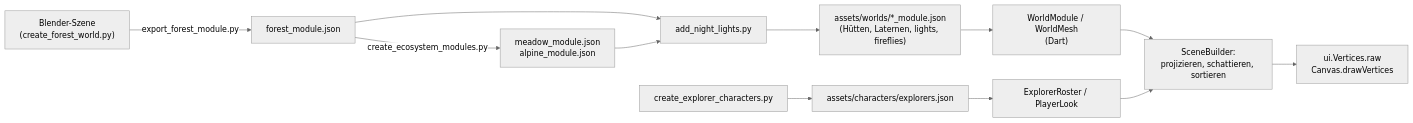
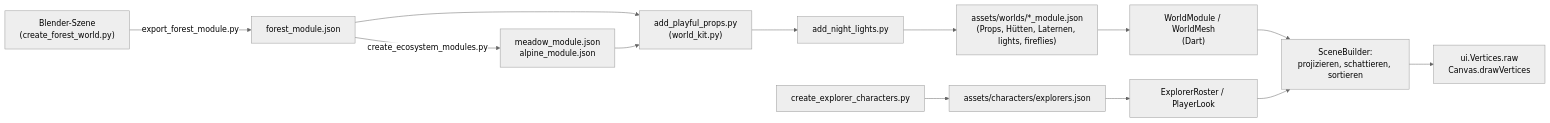
Before and after one commit to noahilli/plantini: the diagram in docs-site/docs/3d/index.md, drawn with Mermaid (neutral theme). The commit also changed other lines of this file and 7 other files, not shown here.

````diff
--- a/docs-site/docs/3d/index.md
+++ b/docs-site/docs/3d/index.md
@@ -24,14 +33,15 @@
 ```mermaid
 flowchart LR
     A["Blender-Szene<br/>(create_forest_world.py)"] -->|export_forest_module.py| B["forest_module.json"]
     B -->|create_ecosystem_modules.py| C["meadow_module.json<br/>alpine_module.json"]
-    B --> D["add_night_lights.py"]
-    C --> D
-    D --> E["assets/worlds/*_module.json<br/>(Hütten, Laternen, lights, fireflies)"]
+    B --> P["add_playful_props.py<br/>(world_kit.py)"]
+    C --> P
+    P --> D["add_night_lights.py"]
+    D --> E["assets/worlds/*_module.json<br/>(Props, Hütten, Laternen, lights, fireflies)"]
     F["create_explorer_characters.py"] --> G["assets/characters/explorers.json"]
     E --> H["WorldModule / WorldMesh<br/>(Dart)"]
     G --> I["ExplorerRoster / PlayerLook"]
     H --> J["SceneBuilder:<br/>projizieren, schattieren, sortieren"]
     I --> J
     J --> K["ui.Vertices.raw<br/>Canvas.drawVertices"]
 ```
````
